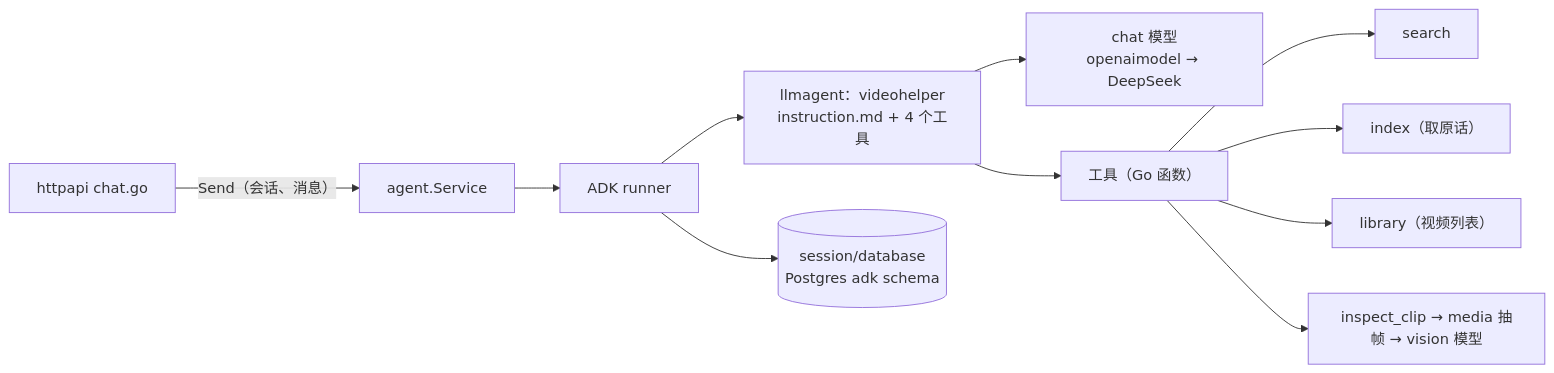
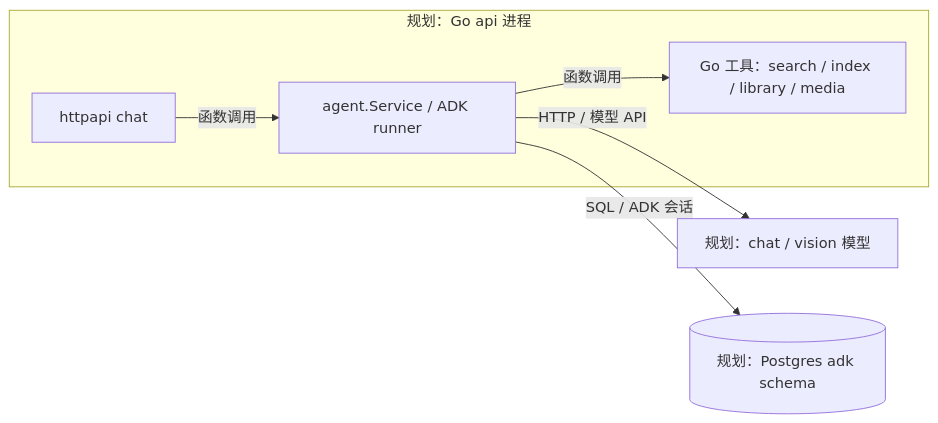
Before and after one commit to realOzine/videohelper: the fourth of 6 diagrams in docs/spec.md, drawn with Mermaid. The commit also changed other lines of this file, not shown here.

````diff
--- a/docs/spec.md
+++ b/docs/spec.md
@@ -2101,13 +2040,9 @@
 ```mermaid
 flowchart LR
-  H["httpapi chat.go"] -->|"Send（会话、消息）"| S["agent.Service"]
-  S --> R["ADK runner"]
-  R --> AG["llmagent：videohelper<br/>instruction.md + 4 个工具"]
-  AG --> M["chat 模型<br/>openaimodel → DeepSeek"]
-  AG --> T["工具（Go 函数）"]
-  T --> SE["search"]
-  T --> IX["index（取原话）"]
-  T --> LB["library（视频列表）"]
-  T --> IC["inspect_clip → media 抽帧 → vision 模型"]
-  R --> SS[("session/database<br/>Postgres adk schema")]
+  subgraph G["规划：Go api 进程"]
+    H["httpapi chat"] -->|函数调用| S["agent.Service / ADK runner"]
+    S -->|函数调用| T["Go 工具：search / index / library / media"]
+  end
+  S -->|"HTTP / 模型 API"| M["规划：chat / vision 模型"]
+  S -->|"SQL / ADK 会话"| D[("规划：Postgres adk schema")]
 ```
````
